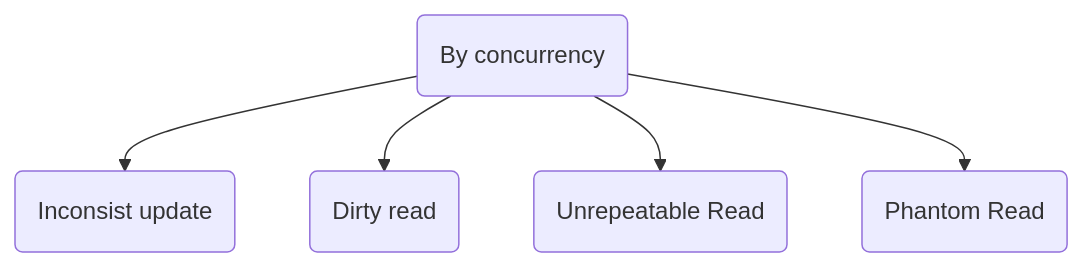
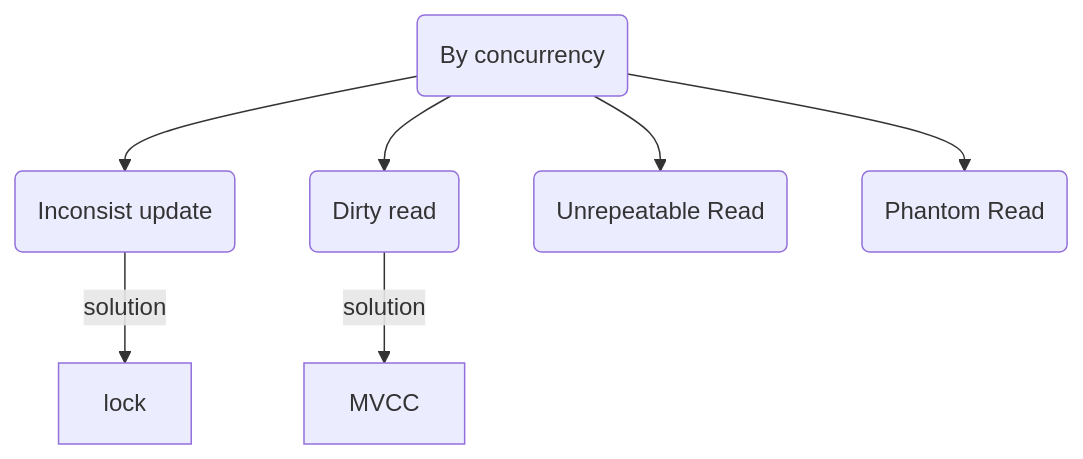
The diagram in README.md (chengr4/all-about-Database), drawn with Mermaid before and after one commit.

````diff
--- a/README.md
+++ b/README.md
@@ -18,12 +18,14 @@
 ```mermaid
 flowchart TD
   idPb("By concurrency")
   id1("Inconsist update")
   id2("Dirty read")
   id3("Unrepeatable Read")
   id4("Phantom Read")
   idPb --> id1
   idPb --> id2
   idPb --> id3
   idPb --> id4
+  id1 -->|solution| lock
+  id2 -->|solution| MVCC 
 ```
````
